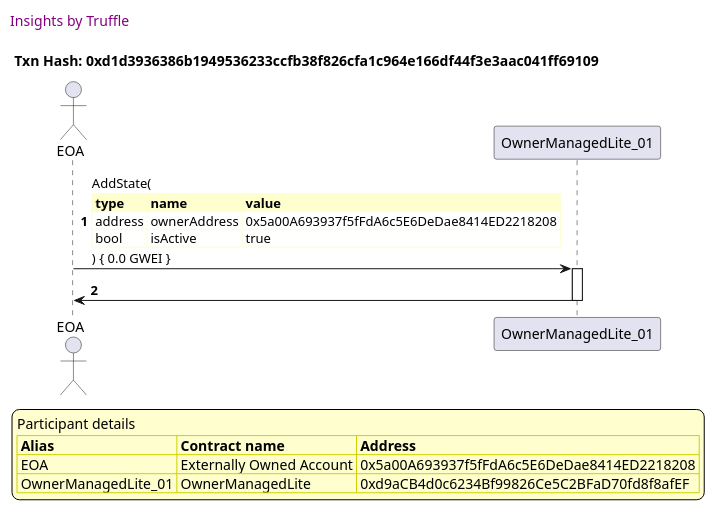
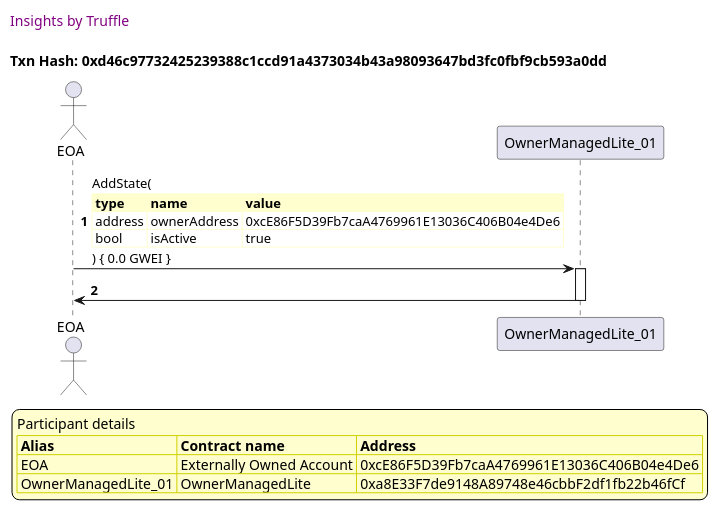
Before and after one commit to thedarkjester/ConsensysAssignment: the fifth of 28 diagrams in truffle-seq/OwnerManagedLite_test_required_owners_amount.md, drawn with PlantUML. The commit also changed other lines of this file and 13 other files, not shown here.

````diff
--- a/truffle-seq/OwnerManagedLite_test_required_owners_amount.md
+++ b/truffle-seq/OwnerManagedLite_test_required_owners_amount.md
@@ -200,41 +200,41 @@
 ```plantuml
 
 
 @startuml
 
 autonumber
 skinparam legendBackgroundColor #FEFECE
 
 <style>
       header {
         HorizontalAlignment left
         FontColor purple
         FontSize 14
         Padding 10
       }
     </style>
 
 header Insights by Truffle
 
-title Txn Hash: 0xd1d3936386b1949536233ccfb38f826cfa1c964e166df44f3e3aac041ff69109
+title Txn Hash: 0xd46c97732425239388c1ccd91a4373034b43a98093647bd3fc0fbf9cb593a0dd
 
 
 actor EOA as "EOA"
 participant OwnerManagedLite_01 as "OwnerManagedLite_01"
 
 "EOA" -> "OwnerManagedLite_01" ++: AddState(\n\
 <#FEFECE,#FEFECE>|= type |= name |= value |\n\
-| address | ownerAddress | 0x5a00A693937f5fFdA6c5E6DeDae8414ED2218208 |\n\
+| address | ownerAddress | 0xcE86F5D39Fb7caA4769961E13036C406B04e4De6 |\n\
 | bool | isActive | true |\n\
 ) { 0.0 GWEI }
 "OwnerManagedLite_01" -> "EOA" --: 
 
 legend
 Participant details
 <#FEFECE,#D0D000>|= Alias |= Contract name |= Address |
-<#FEFECE>| EOA | Externally Owned Account | 0x5a00A693937f5fFdA6c5E6DeDae8414ED2218208 |
-<#FEFECE>| OwnerManagedLite_01 | OwnerManagedLite | 0xd9aCB4d0c6234Bf99826Ce5C2BFaD70fd8f8afEF |
+<#FEFECE>| EOA | Externally Owned Account | 0xcE86F5D39Fb7caA4769961E13036C406B04e4De6 |
+<#FEFECE>| OwnerManagedLite_01 | OwnerManagedLite | 0xa8E33F7de9148A89748e46cbbF2df1fb22b46fCf |
 endlegend
 
 @enduml
 ```
````
